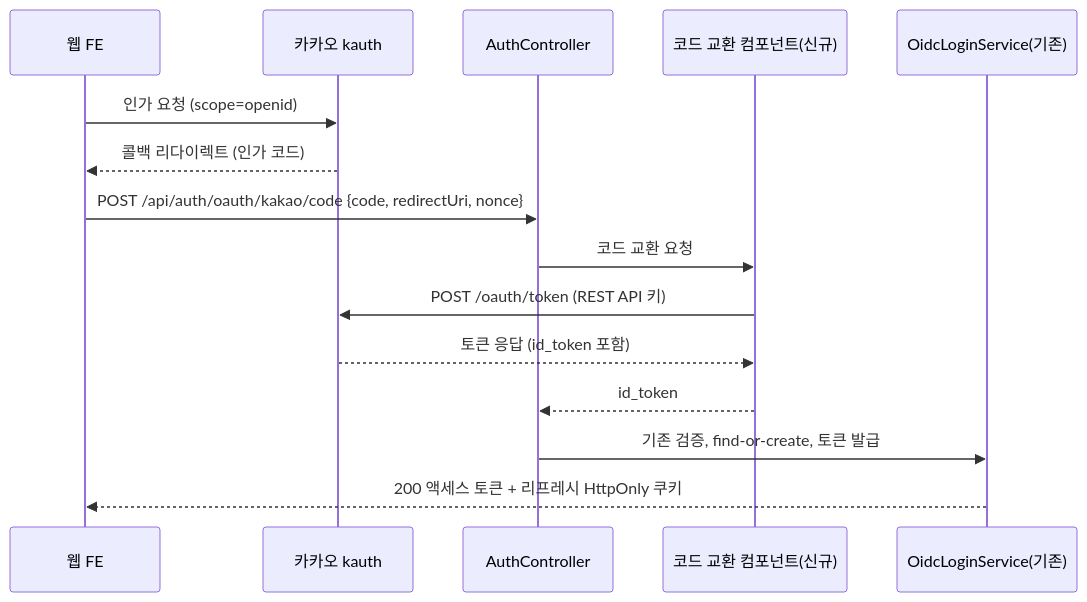
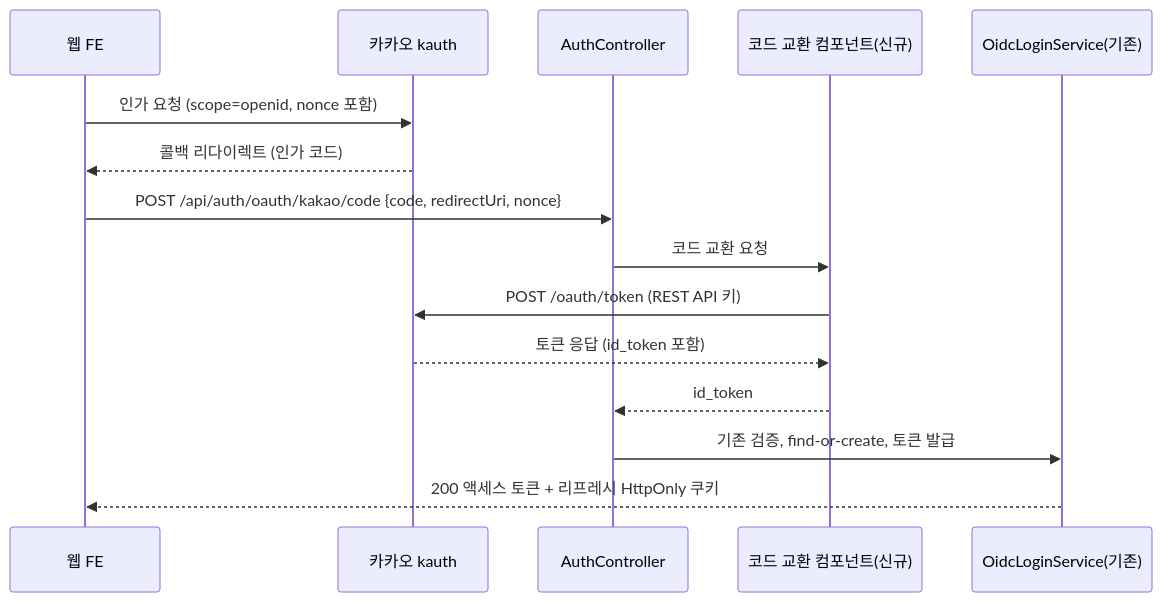
Before and after one commit to ASM-MSG/BE: the first of 2 diagrams in docs/prd/MSG-345-prd.md, drawn with Mermaid. The commit also changed other lines of this file and 1 other file, not shown here.

Commit message:
MSG-345 docs: nonce 계약을 흐름도와 변경 목록에도 일관 반영

````diff
--- a/docs/prd/MSG-345-prd.md
+++ b/docs/prd/MSG-345-prd.md
@@ -51,18 +51,18 @@
 ```mermaid
 sequenceDiagram
     participant W as 웹 FE
     participant K as 카카오 kauth
     participant API as AuthController
     participant X as 코드 교환 컴포넌트(신규)
     participant O as OidcLoginService(기존)
 
-    W->>K: 인가 요청 (scope=openid)
+    W->>K: 인가 요청 (scope=openid, nonce 포함)
     K-->>W: 콜백 리다이렉트 (인가 코드)
     W->>API: POST /api/auth/oauth/kakao/code {code, redirectUri, nonce}
     API->>X: 코드 교환 요청
     X->>K: POST /oauth/token (REST API 키)
     K-->>X: 토큰 응답 (id_token 포함)
     X-->>API: id_token
     API->>O: 기존 검증, find-or-create, 토큰 발급
     O-->>W: 200 액세스 토큰 + 리프레시 HttpOnly 쿠키
 ```
````
